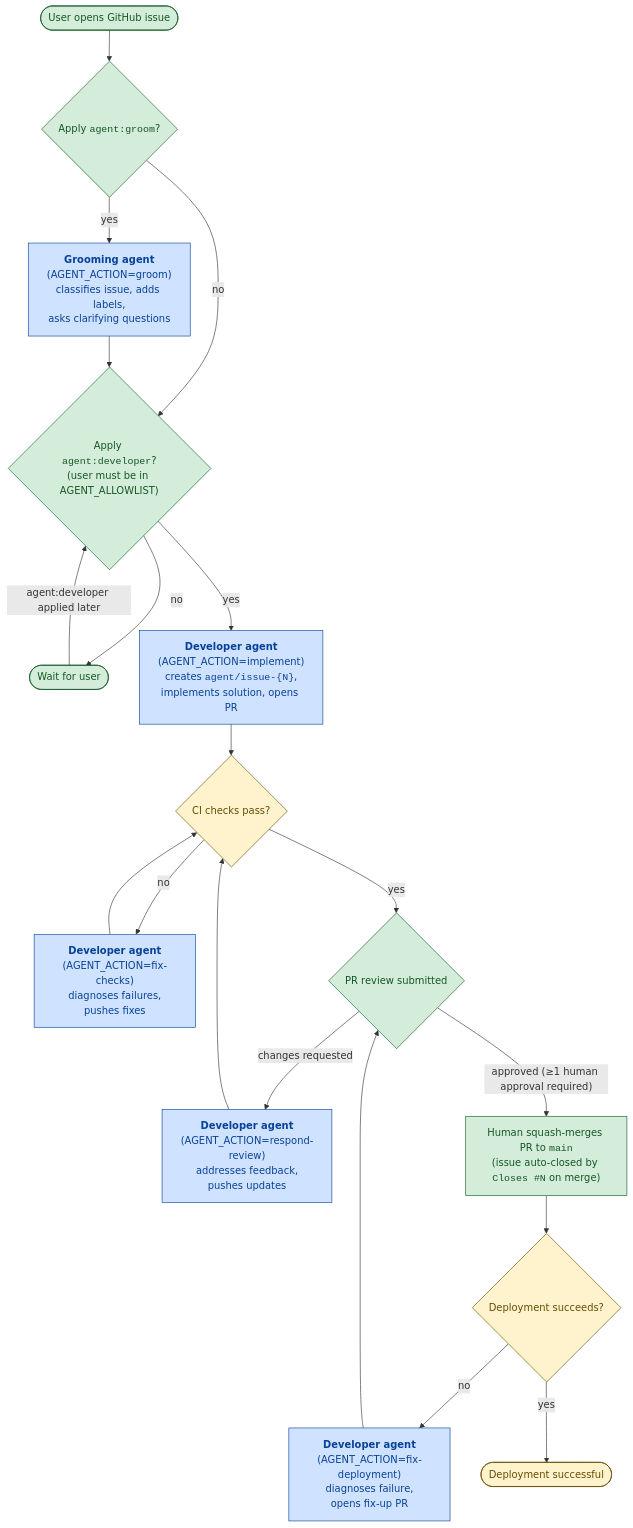
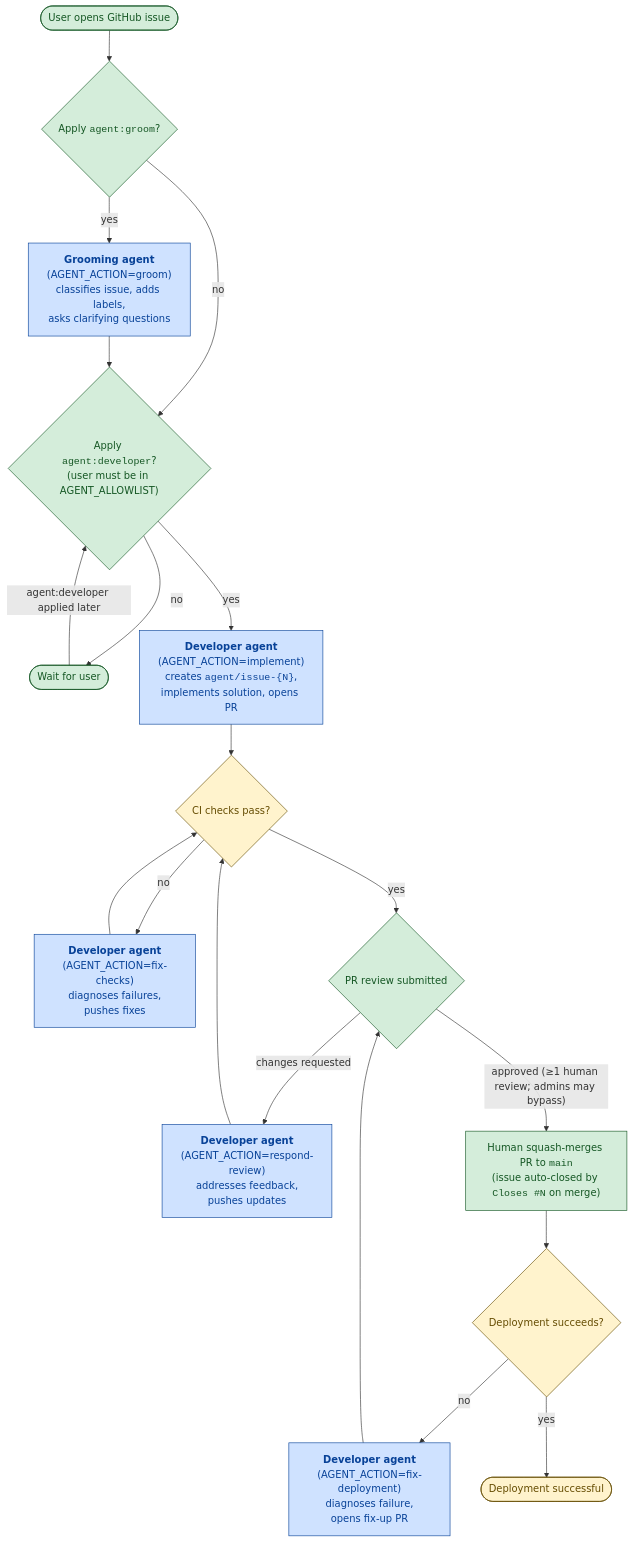
Before and after one commit to mfrancza/agentic-development-workflow: the diagram in README.md, drawn with Mermaid. The commit also changed other lines of this file, not shown here.

Commit message:
Clarify admin bypass on branch protection in diagram and notes
The Terraform ruleset allows repository admins to bypass PR review
requirements via PR merges (bypass_mode = "pull_request"). The diagram
edge label and the human-gates note were overstating the review
requirement as unconditional. Update both to reflect that non-admins
always need a review, but admins may bypass — consistent with the
existing Terraform description in the Setup section.

````diff
--- a/README.md
+++ b/README.md
@@ -26,32 +26,32 @@
 ```mermaid
 flowchart TD
     Start([User opens GitHub issue]):::human --> GroomLabel{"Apply <code>agent:groom</code>?"}:::human
 
     GroomLabel -- "yes" --> Groom["<b>Grooming agent</b><br/>(AGENT_ACTION=groom)<br/>classifies issue, adds labels,<br/>asks clarifying questions"]:::agent
     GroomLabel -- "no" --> DevLabel
     Groom --> DevLabel{"Apply <code>agent:developer</code>?<br/>(user must be in AGENT_ALLOWLIST)"}:::human
 
     DevLabel -- "no" --> Wait([Wait for user]):::human
     Wait -- "agent:developer applied later" --> DevLabel
     DevLabel -- "yes" --> Implement["<b>Developer agent</b><br/>(AGENT_ACTION=implement)<br/>creates <code>agent/issue-{N}</code>,<br/>implements solution, opens PR"]:::agent
 
     Implement --> CI{"CI checks pass?"}:::system
     CI -- "no" --> FixChecks["<b>Developer agent</b><br/>(AGENT_ACTION=fix-checks)<br/>diagnoses failures,<br/>pushes fixes"]:::agent
     FixChecks --> CI
 
     CI -- "yes" --> Review{"PR review submitted"}:::human
     Review -- "changes requested" --> Respond["<b>Developer agent</b><br/>(AGENT_ACTION=respond-review)<br/>addresses feedback,<br/>pushes updates"]:::agent
     Respond --> CI
 
-    Review -- "approved (≥1 human approval required)" --> Merge["Human squash-merges PR to <code>main</code><br/>(issue auto-closed by <code>Closes #N</code> on merge)"]:::human
+    Review -- "approved (≥1 human review; admins may bypass)" --> Merge["Human squash-merges PR to <code>main</code><br/>(issue auto-closed by <code>Closes #N</code> on merge)"]:::human
     Merge --> Deploy{"Deployment succeeds?"}:::system
 
     Deploy -- "no" --> FixDeploy["<b>Developer agent</b><br/>(AGENT_ACTION=fix-deployment)<br/>diagnoses failure,<br/>opens fix-up PR"]:::agent
     FixDeploy --> Review
 
     Deploy -- "yes" --> Done([Deployment successful]):::system
 
     classDef human fill:#d4edda,stroke:#155724,color:#155724
     classDef agent fill:#cfe2ff,stroke:#084298,color:#084298
     classDef system fill:#fff3cd,stroke:#664d03,color:#664d03
 ```
````
